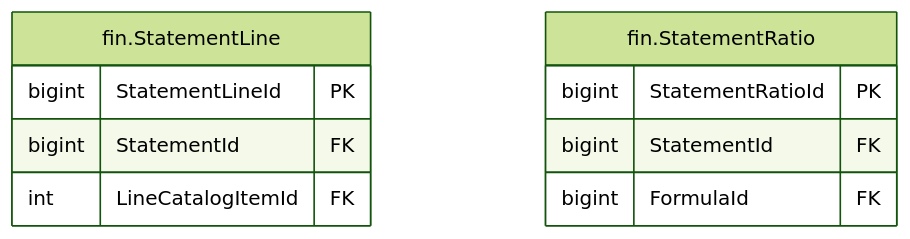
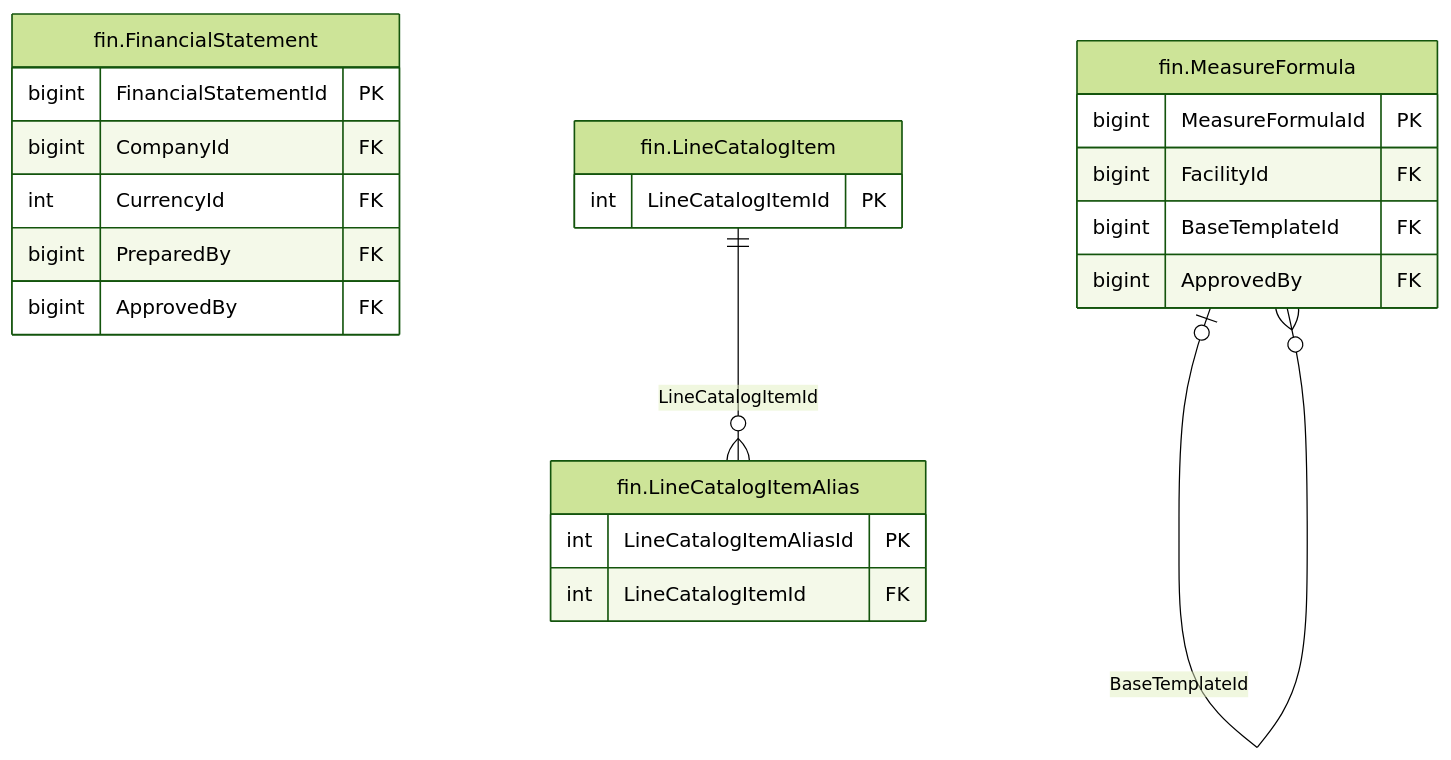
Before and after one commit to thawrasy/smartlines: the diagram in treasury-platform/docs/diagrams/erd/m5_financials_3.mmd, drawn with Mermaid (forest theme). The commit also changed 62 other files, not shown here.

First line of the commit message:
Credit assessment of a balance sheet on the Moody's scale; BR-FIN-016 approved

```diff
--- a/treasury-platform/docs/diagrams/erd/m5_financials_3.mmd
+++ b/treasury-platform/docs/diagrams/erd/m5_financials_3.mmd
@@ -1,12 +1,24 @@
-%% م5 · البيانات المالية والأرصدة (3/3) — Financial statements & balances
+%% م5 · البيانات المالية والأرصدة (3/5) — Financial statements & balances
 erDiagram
-  fin_StatementLine["fin.StatementLine"] {
-    bigint StatementLineId PK
-    bigint StatementId FK
+  fin_FinancialStatement["fin.FinancialStatement"] {
+    bigint FinancialStatementId PK
+    bigint CompanyId FK
+    int CurrencyId FK
+    bigint PreparedBy FK
+    bigint ApprovedBy FK
+  }
+  fin_LineCatalogItem["fin.LineCatalogItem"] {
+    int LineCatalogItemId PK
+  }
+  fin_LineCatalogItemAlias["fin.LineCatalogItemAlias"] {
+    int LineCatalogItemAliasId PK
     int LineCatalogItemId FK
   }
-  fin_StatementRatio["fin.StatementRatio"] {
-    bigint StatementRatioId PK
-    bigint StatementId FK
-    bigint FormulaId FK
+  fin_MeasureFormula["fin.MeasureFormula"] {
+    bigint MeasureFormulaId PK
+    bigint FacilityId FK
+    bigint BaseTemplateId FK
+    bigint ApprovedBy FK
   }
+  fin_LineCatalogItem ||--o{ fin_LineCatalogItemAlias : "LineCatalogItemId"
+  fin_MeasureFormula |o--o{ fin_MeasureFormula : "BaseTemplateId"
```
